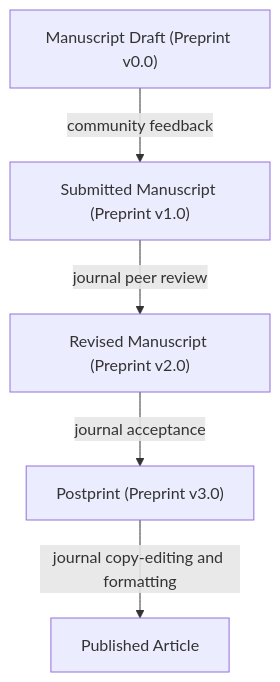
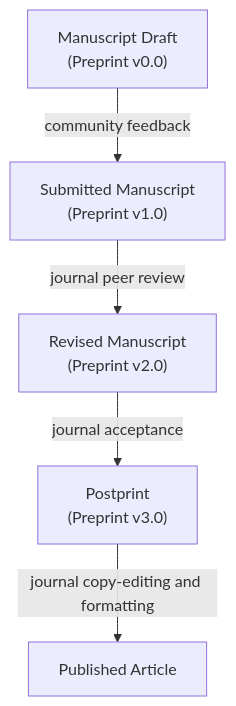
The diagram in assets/diagrams/preprint-flow.mmd (lmu-osc/lmu-osc.github.io), drawn with Mermaid before and after one commit.

Commit message:
Adjust text to new lines for consistency

```diff
--- a/assets/diagrams/preprint-flow.mmd
+++ b/assets/diagrams/preprint-flow.mmd
@@ -1,11 +1,11 @@
 ---
 config:
   theme: default
   look: classic
 ---
 
 flowchart TD
-  A["Manuscript Draft (Preprint v0.0)"] -->|community feedback| B["Submitted Manuscript (Preprint v1.0)"]
-  B -->|journal peer review| C["Revised Manuscript (Preprint v2.0)"]
-  C -->|journal acceptance| D["Postprint (Preprint v3.0)"]
+  A["Manuscript Draft<br>(Preprint v0.0)"] -->|community feedback| B["Submitted Manuscript<br>(Preprint v1.0)"]
+  B -->|journal peer review| C["Revised Manuscript<br>(Preprint v2.0)"]
+  C -->|journal acceptance| D["Postprint<br>(Preprint v3.0)"]
     D -->|journal copy-editing and formatting| E["Published Article"]
```
